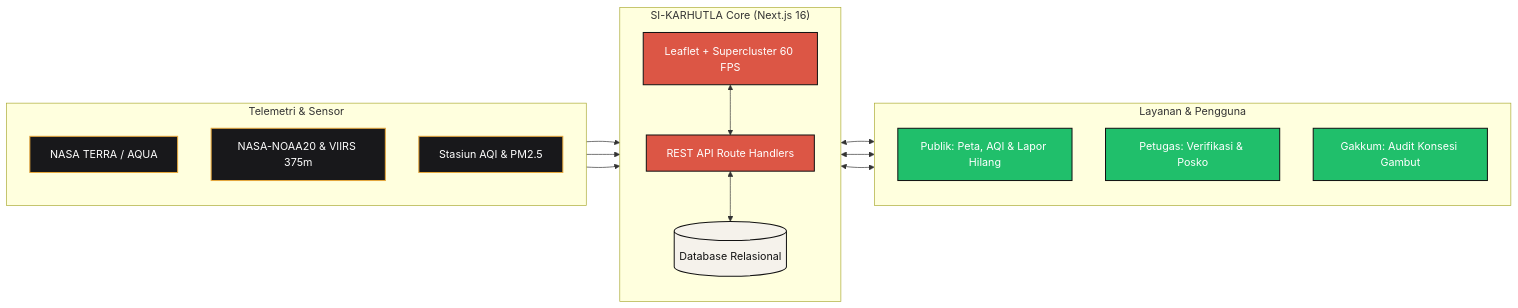
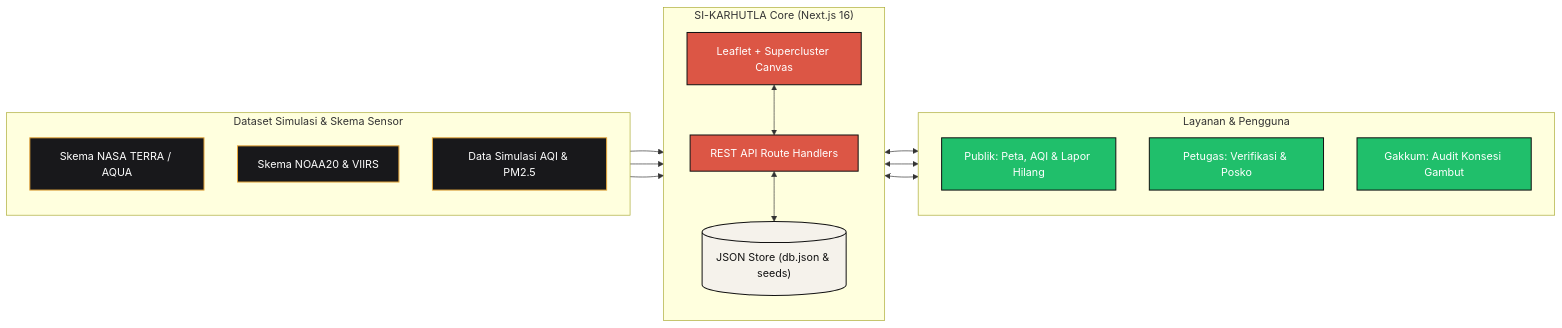
The diagram in README.md (xfawfaw/SI-Karhutla), drawn with Mermaid before and after one commit. The commit also changed other lines of this file and 8 other files, not shown here.

````diff
--- a/README.md
+++ b/README.md
@@ -47,34 +47,34 @@
 ```mermaid
 flowchart LR
     classDef source fill:#18181b,stroke:#e6a73c,stroke-width:1.5px,color:#ffffff
     classDef core fill:#dc5645,stroke:#121212,stroke-width:1.5px,color:#ffffff
     classDef store fill:#f5f2eb,stroke:#121212,stroke-width:1.5px,color:#121212
     classDef actor fill:#20bf6b,stroke:#121212,stroke-width:1.5px,color:#ffffff
 
-    subgraph S["Telemetri & Sensor"]
+    subgraph S["Dataset Simulasi & Skema Sensor"]
         direction TB
-        S1["NASA TERRA / AQUA"]:::source
-        S2["NASA-NOAA20 & VIIRS 375m"]:::source
-        S3["Stasiun AQI & PM2.5"]:::source
+        S1["Skema NASA TERRA / AQUA"]:::source
+        S2["Skema NOAA20 & VIIRS"]:::source
+        S3["Data Simulasi AQI & PM2.5"]:::source
     end
 
     subgraph E["SI-KARHUTLA Core (Next.js 16)"]
         direction TB
-        GIS["Leaflet + Supercluster 60 FPS"]:::core
+        GIS["Leaflet + Supercluster Canvas"]:::core
         API["REST API Route Handlers"]:::core
-        DB[("Database Relasional")]:::store
+        DB[("JSON Store (db.json & seeds)")]:::store
         GIS <--> API
         API <--> DB
     end
 
     subgraph U["Layanan & Pengguna"]
         direction TB
         U1["Publik: Peta, AQI & Lapor Hilang"]:::actor
         U2["Petugas: Verifikasi & Posko"]:::actor
         U3["Gakkum: Audit Konsesi Gambut"]:::actor
     end
 
     S1 & S2 --> GIS
     S3 --> API
     E <--> U1 & U2 & U3
 ```
````
